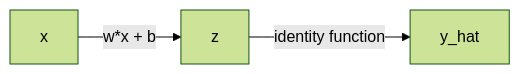
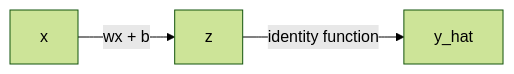
The first of 4 diagrams in blog_posts/backpropagation_various_sources.md (erikaduan/textbook_notes), drawn with Mermaid (forest theme) before and after one commit. The commit also changed other lines of this file and 1 other file, not shown here.

````diff
--- a/blog_posts/backpropagation_various_sources.md
+++ b/blog_posts/backpropagation_various_sources.md
@@ -316,5 +329,5 @@
 ``` mermaid
 flowchart LR 
-  x --w*x + b--> z
+  x --wx + b--> z
   z --identity function--> y_hat
 ```
````
